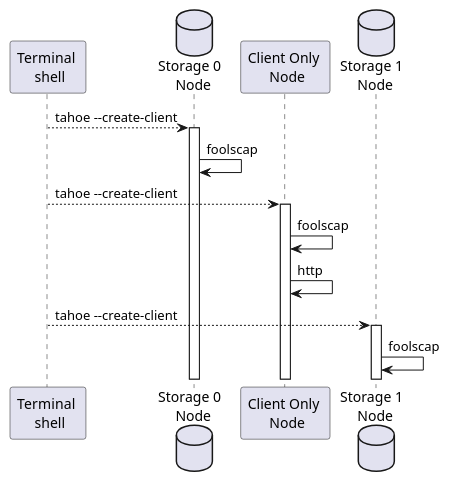
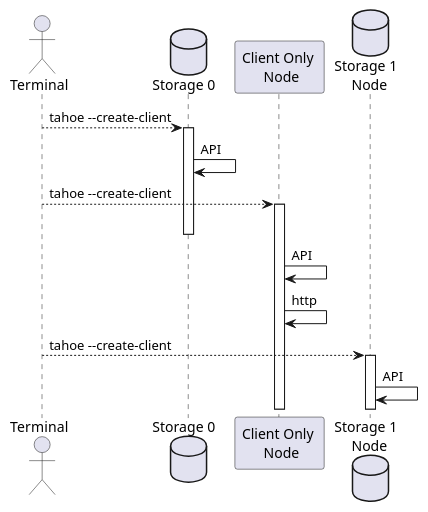
The diagram in docs/operations.puml (blaisep/tahoe-lafs), drawn with PlantUML before and after one commit. The commit also changed 1 other file, not shown here.

Commit message:
Add diagram for the operations tutorial

```diff
--- a/docs/operations.puml
+++ b/docs/operations.puml
@@ -1,21 +1,23 @@
 @startuml
 skinparam Shadowing false
 
-participant "Terminal \n shell" as cli
-database "Storage 0 \n Node" as storage0
+actor "Terminal" as cli
+database "Storage 0 " as storage0
 participant "Client Only \n Node" as client0
 database "Storage 1 \n Node" as storage1
 
 cli --> storage0 : tahoe --create-client
 activate storage0
-storage0 -> storage0 : foolscap
+storage0 -> storage0 : API
 
 cli --> client0 : tahoe --create-client
 activate client0
-client0 -> client0 : foolscap
+deactivate storage0
+
+client0 -> client0 : API
 client0 -> client0 : http
 
 cli --> storage1 : tahoe --create-client
 activate storage1
-storage1 -> storage1 : foolscap
+storage1 -> storage1 : API
 @enduml
```
